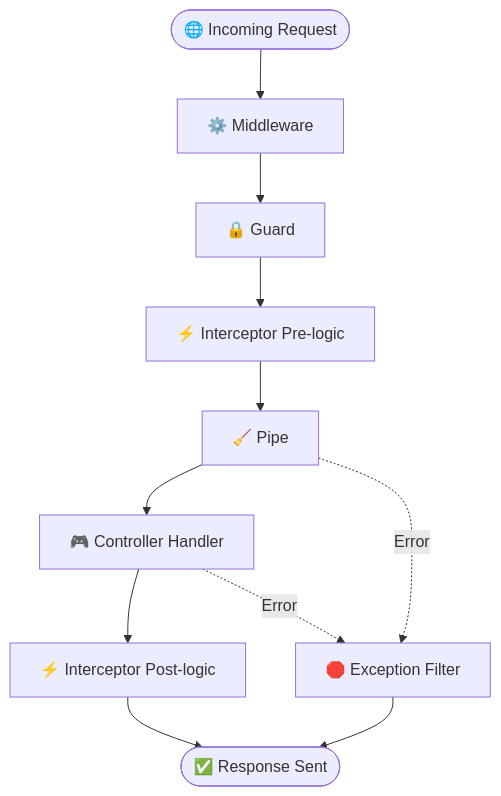
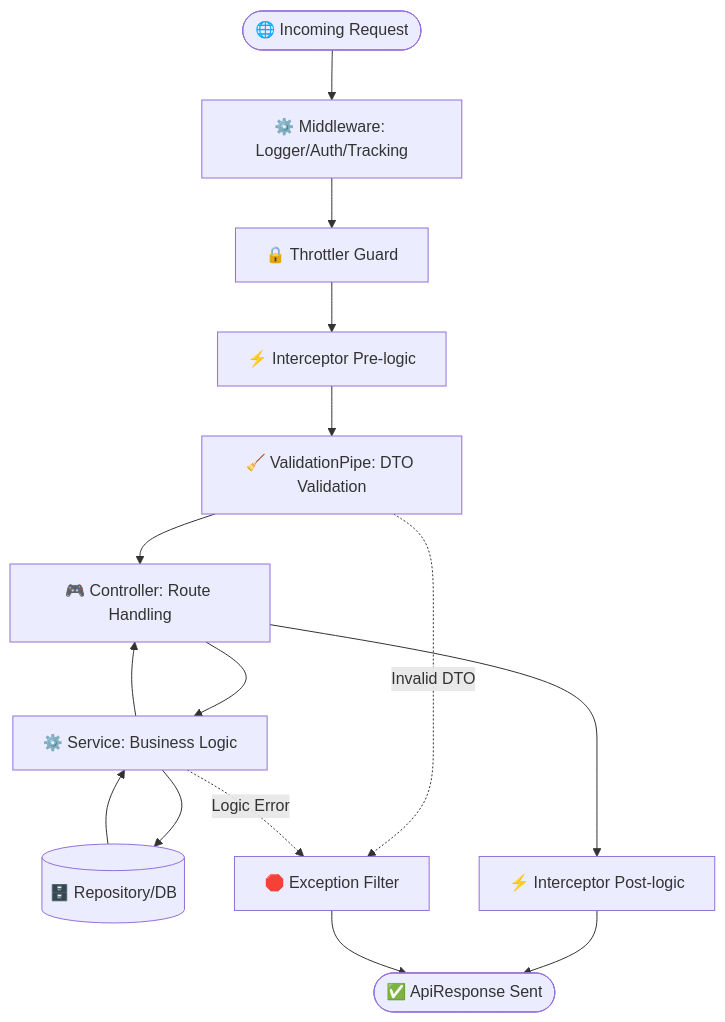
One commit to alvianzf/introduction-to-nest changed the fifth of 5 diagrams in CODEBASE_ANALYSIS.md. Above: the diagram before and after it, drawn with Mermaid. The commit also changed other lines of this file, not shown here.

Commit message:
Tailor NestJS Request Lifecycle to our codebase architecture

````diff
--- a/CODEBASE_ANALYSIS.md
+++ b/CODEBASE_ANALYSIS.md
@@ -80,15 +80,19 @@
 ```mermaid
 graph TD
-    Request([🌐 Incoming Request]) --> Middleware[⚙️ Middleware]
-    Middleware --> Guard[🔒 Guard]
+    Request([🌐 Incoming Request]) --> Middleware[⚙️ Middleware: Logger/Auth/Tracking]
+    Middleware --> Guard[🔒 Throttler Guard]
     Guard --> Interceptor_Pre[⚡ Interceptor Pre-logic]
-    Interceptor_Pre --> Pipe[🧹 Pipe]
-    Pipe --> Controller[🎮 Controller Handler]
+    Interceptor_Pre --> Pipe[🧹 ValidationPipe: DTO Validation]
+    Pipe --> Controller[🎮 Controller: Route Handling]
+    Controller --> Service[⚙️ Service: Business Logic]
+    Service --> Repo[(🗄️ Repository/DB)]
+    Repo --> Service
+    Service --> Controller
     Controller --> Interceptor_Post[⚡ Interceptor Post-logic]
-    Interceptor_Post --> Response([✅ Response Sent])
+    Interceptor_Post --> Response([✅ ApiResponse Sent])
     
     %% Error Path
-    Pipe -. Error .-> Filter[🛑 Exception Filter]
-    Controller -. Error .-> Filter
+    Pipe -. Invalid DTO .-> Filter[🛑 Exception Filter]
+    Service -. Logic Error .-> Filter
     Filter --> Response
 ```
````
